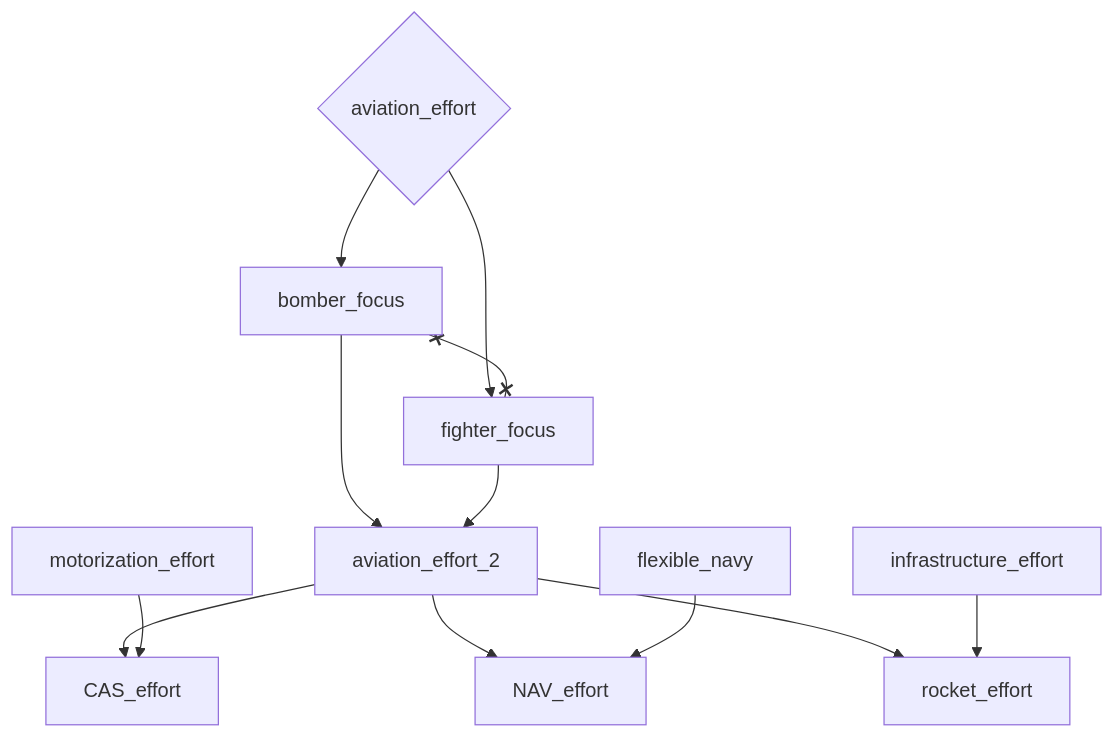
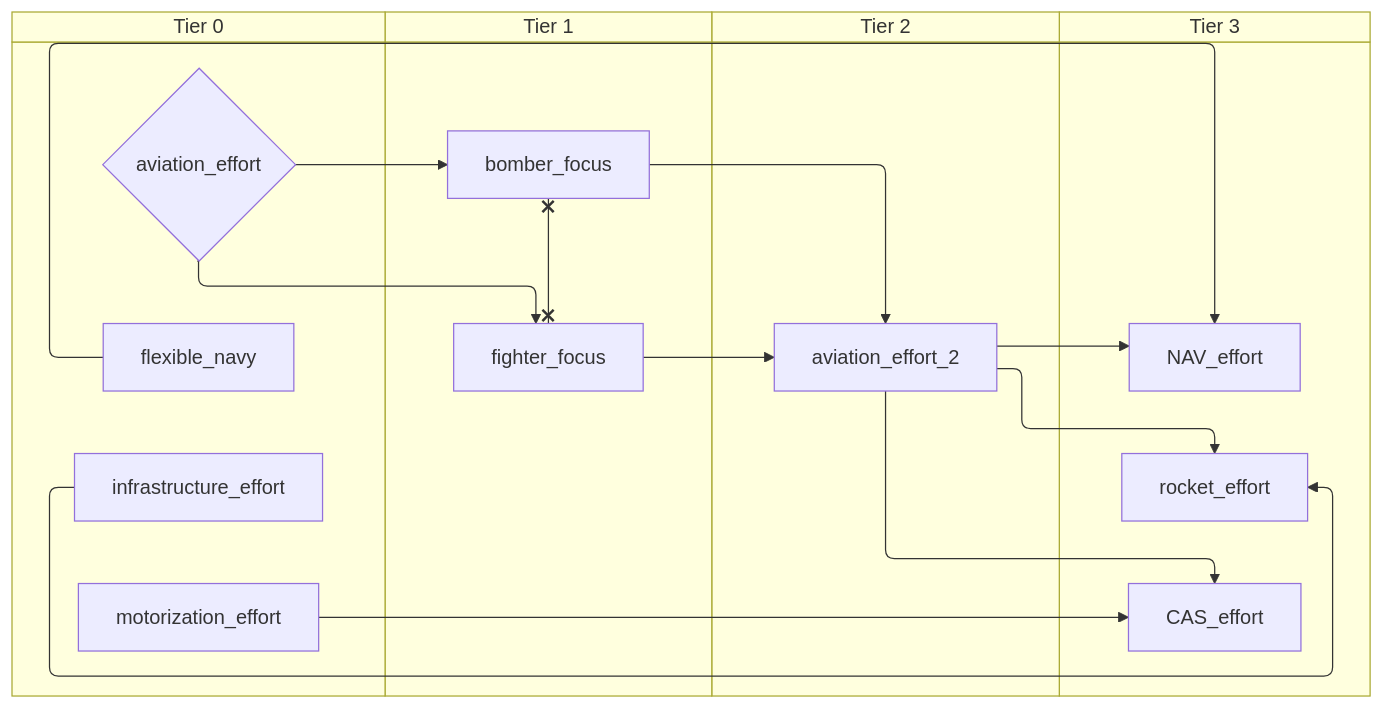
The second of 5 diagrams in docs/gdd/National Focuses/generic.md (evgeny-sobol/hoi4-sandbox-mode), drawn with Mermaid before and after one commit. The commit also changed other lines of this file and 80 other files, not shown here.

First line of the commit message:
Add swimlane mode to focus graph exporter

````diff
--- a/docs/gdd/National Focuses/generic.md
+++ b/docs/gdd/National Focuses/generic.md
@@ -34,24 +44,32 @@
 ```mermaid
-flowchart TD
-    n1["CAS_effort"]
-    n13["NAV_effort"]
-    n14{"aviation_effort"}
-    n4["aviation_effort_2"]
-    n15["bomber_focus"]
-    n16["fighter_focus"]
-    n17["flexible_navy"]
-    n18["infrastructure_effort"]
-    n11["motorization_effort"]
-    n19["rocket_effort"]
-    n4 --> n1
-    n11 --> n1
-    n4 --> n13
-    n17 --> n13
-    n15 --> n4
-    n16 --> n4
-    n14 --> n15
-    n14 --> n16
-    n4 --> n19
-    n18 --> n19
-    n15 x--x n16
+swimlane-beta TD
+    subgraph tier_0["Tier 0"]
+        n13{"aviation_effort"}
+        n14["flexible_navy"]
+        n15["infrastructure_effort"]
+        n5["motorization_effort"]
+    end
+    subgraph tier_1["Tier 1"]
+        n16["bomber_focus"]
+        n17["fighter_focus"]
+    end
+    subgraph tier_2["Tier 2"]
+        n2["aviation_effort_2"]
+    end
+    subgraph tier_3["Tier 3"]
+        n6["CAS_effort"]
+        n18["NAV_effort"]
+        n19["rocket_effort"]
+    end
+    n2 --> n6
+    n5 --> n6
+    n2 --> n18
+    n14 --> n18
+    n16 --> n2
+    n17 --> n2
+    n13 --> n16
+    n13 --> n17
+    n2 --> n19
+    n15 --> n19
+    n16 x--x n17
 ```
````
